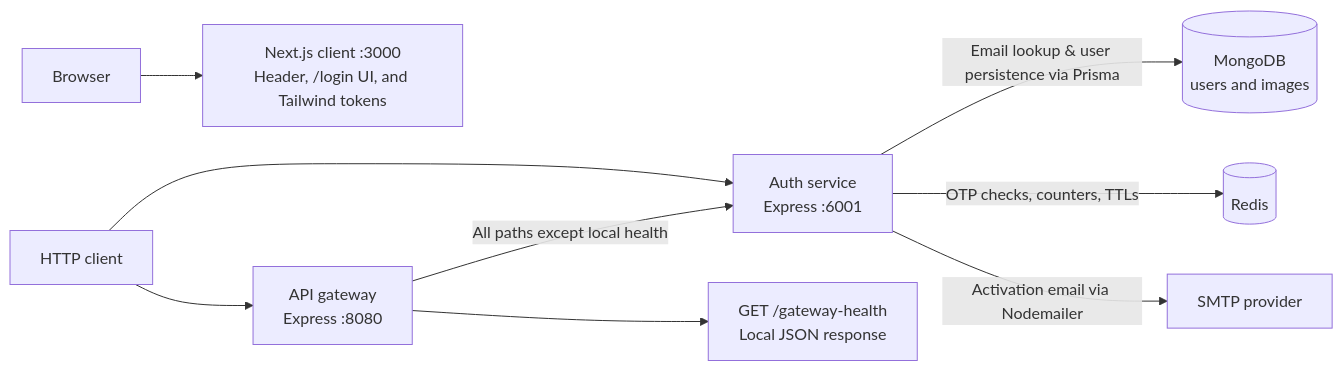
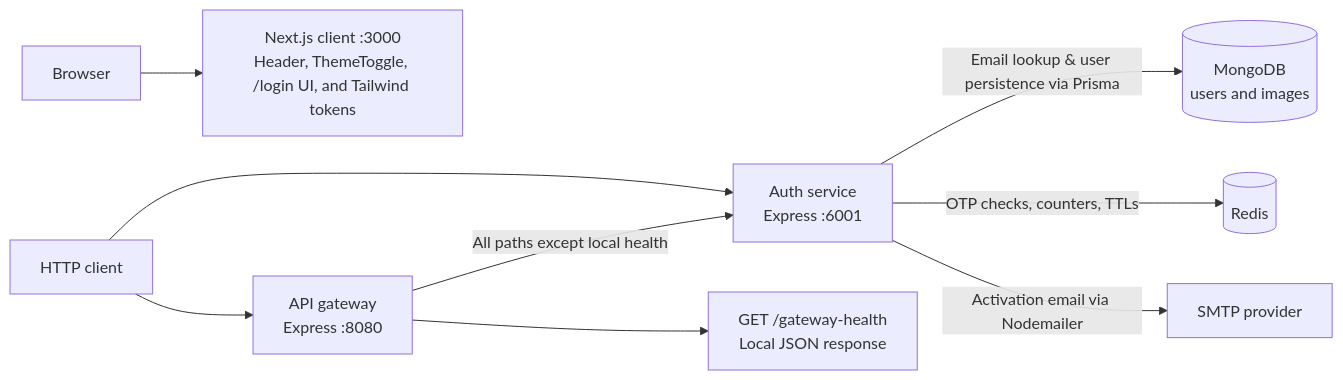
The diagram in docs/architecture/overview.md (Kruskal892/Microservice-SaaS-E-commerce), drawn with Mermaid before and after one commit. The commit also changed other lines of this file and 55 other files, not shown here.

Commit message:
feat(client): add theme toggle, sign-up form, and shared auth components

````diff
--- a/docs/architecture/overview.md
+++ b/docs/architecture/overview.md
@@ -19,11 +21,11 @@
 ```mermaid
 flowchart LR
-    Browser["Browser"] --> Frontend["Next.js client :3000<br/>Header, /login UI, and Tailwind tokens"]
+    Browser["Browser"] --> Frontend["Next.js client :3000<br/>Header, ThemeToggle, /login UI, and Tailwind tokens"]
     Client["HTTP client"] --> Gateway["API gateway<br/>Express :8080"]
     Client --> Auth["Auth service<br/>Express :6001"]
     Gateway -->|"All paths except local health"| Auth
     Gateway --> Health["GET /gateway-health<br/>Local JSON response"]
     Auth -->|"Email lookup & user persistence via Prisma"| Mongo[("MongoDB<br/>users and images")]
     Auth -->|"OTP checks, counters, TTLs"| Redis[("Redis")]
     Auth -->|"Activation email via Nodemailer"| SMTP["SMTP provider"]
 ```
````
